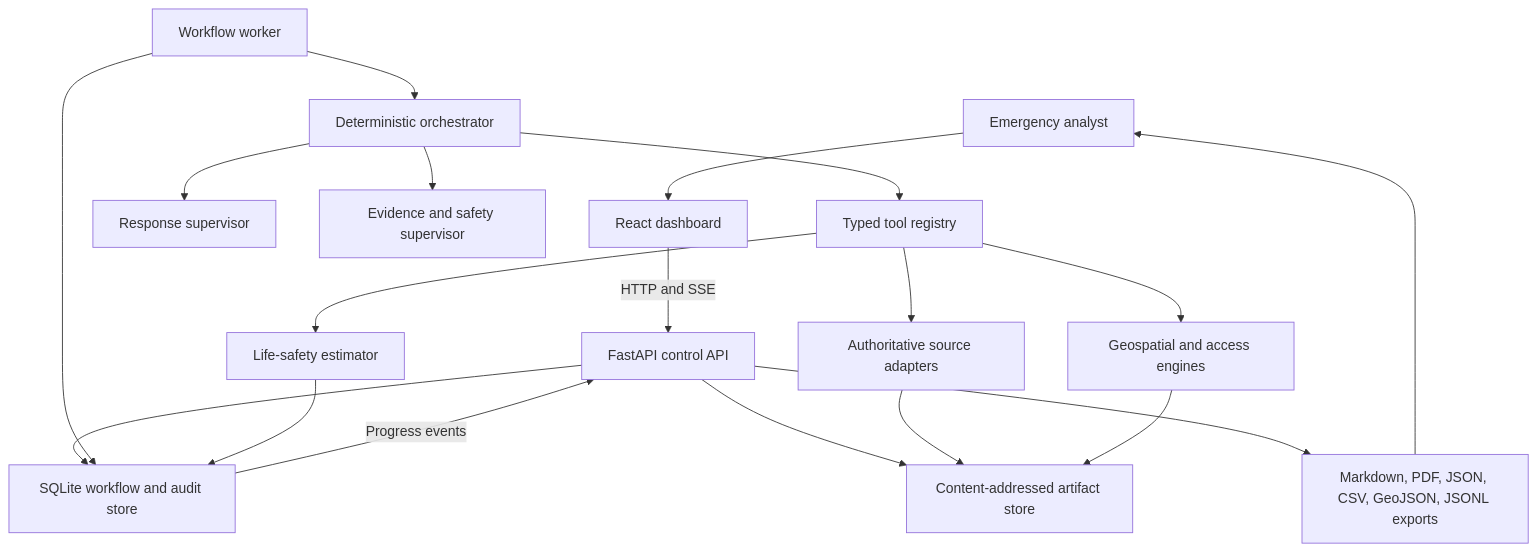
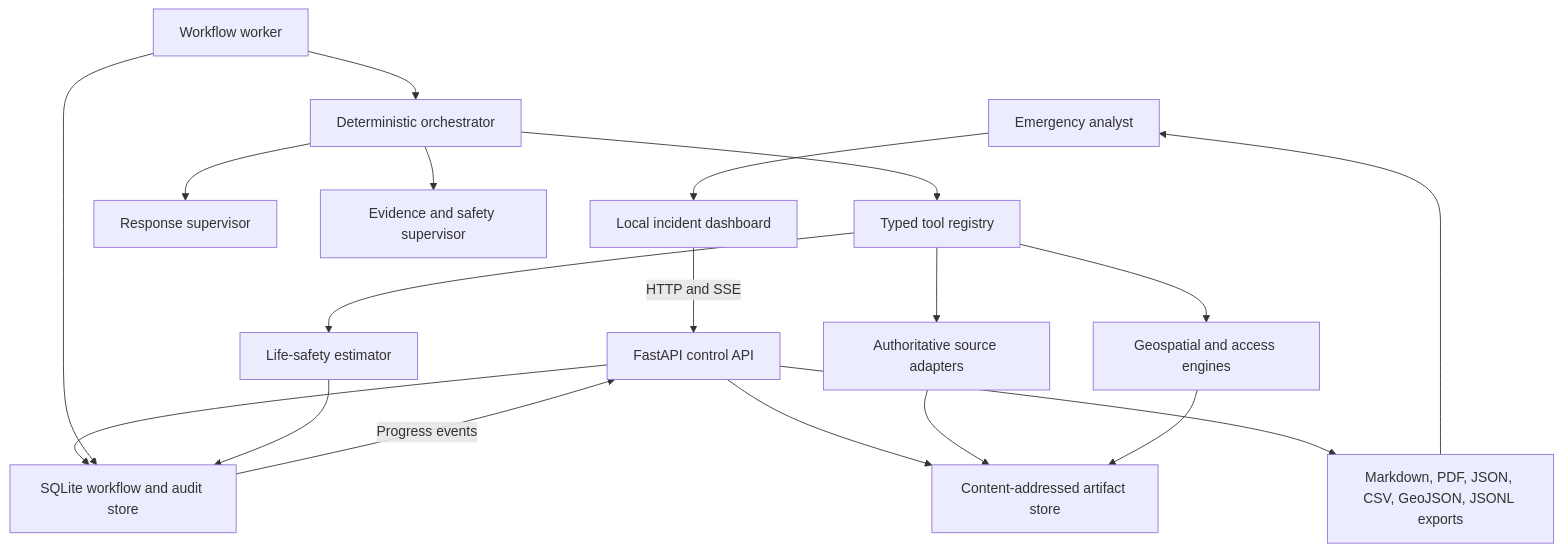
One commit to 0x-genesys/Climate-Cascade-Response-Agent changed the first of 7 diagrams in docs/architecture/ADR-0001-iterative-agentic-architecture.md. Above: the diagram before and after it, drawn with Mermaid. The commit also changed other lines of this file and 28 other files, not shown here.

````diff
--- a/docs/architecture/ADR-0001-iterative-agentic-architecture.md
+++ b/docs/architecture/ADR-0001-iterative-agentic-architecture.md
@@ -51,21 +51,21 @@
 ```mermaid
 flowchart TD
-  U["Emergency analyst"] --> D["React dashboard"]
+  U["Emergency analyst"] --> D["Local incident dashboard"]
   D -->|"HTTP and SSE"| A["FastAPI control API"]
   A --> DB["SQLite workflow and audit store"]
   A --> FS["Content-addressed artifact store"]
   W["Workflow worker"] --> DB
   W --> O["Deterministic orchestrator"]
   O --> RS["Response supervisor"]
   O --> VS["Evidence and safety supervisor"]
   O --> T["Typed tool registry"]
   T --> C["Authoritative source adapters"]
   T --> G["Geospatial and access engines"]
   T --> E["Life-safety estimator"]
   C --> FS
   G --> FS
   E --> DB
   DB -->|"Progress events"| A
   A --> X["Markdown, PDF, JSON, CSV, GeoJSON, JSONL exports"]
   X --> U
 ```
````
